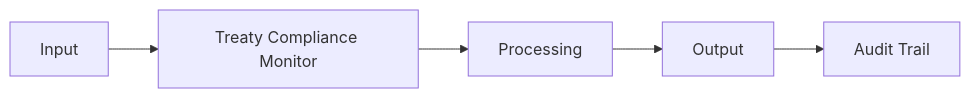
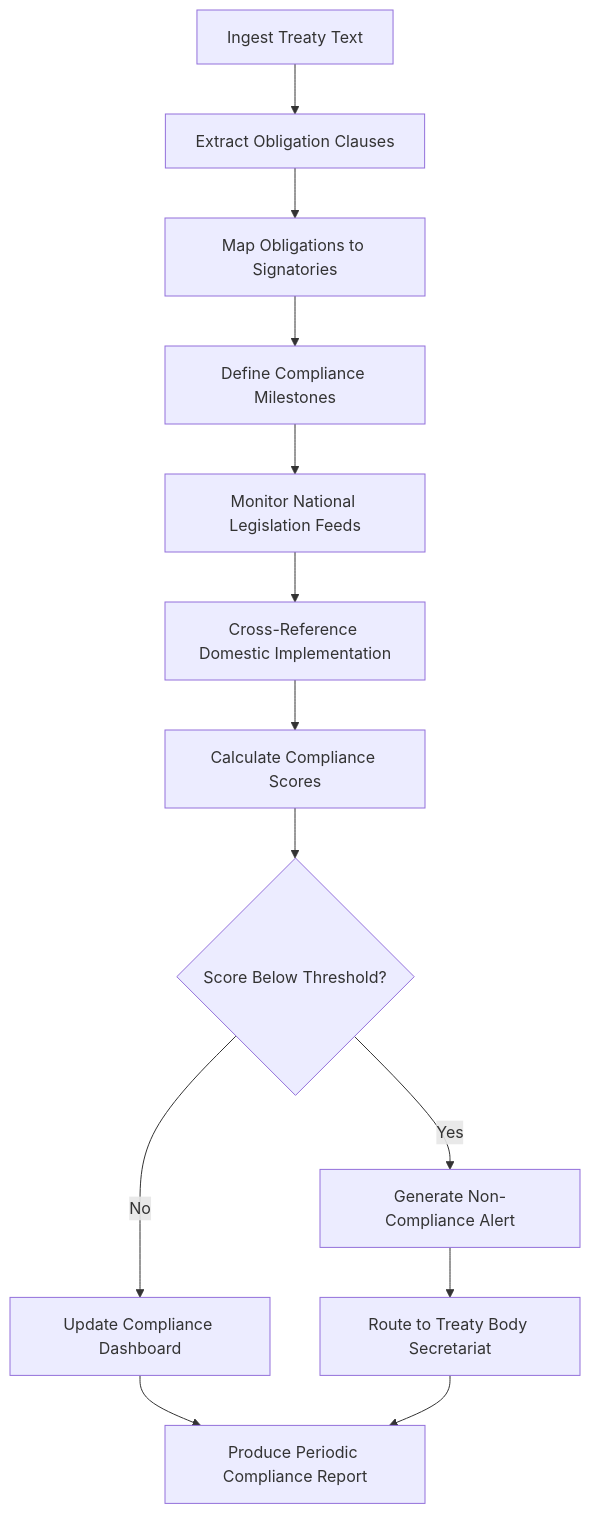
One commit to andrew-leo-2024/marketplace-docs changed the diagram in docs/audiences/04-international-institutions/treaty-compliance-monitor.mdx. Above: the diagram before and after it, drawn with Mermaid. The commit also changed other lines of this file and 401 other files, not shown here.

````diff
--- a/docs/audiences/04-international-institutions/treaty-compliance-monitor.mdx
+++ b/docs/audiences/04-international-institutions/treaty-compliance-monitor.mdx
@@ -29,7 +35,15 @@
 ```mermaid
-graph LR
-    A[Input] --> B[Treaty Compliance Monitor]
-    B --> C[Processing]
-    C --> D[Output]
-    D --> E[Audit Trail]
+graph TD
+    A[Ingest Treaty Text] --> B[Extract Obligation Clauses]
+    B --> C[Map Obligations to Signatories]
+    C --> D[Define Compliance Milestones]
+    D --> E[Monitor National Legislation Feeds]
+    E --> F[Cross-Reference Domestic Implementation]
+    F --> G[Calculate Compliance Scores]
+    G --> H{Score Below Threshold?}
+    H -->|Yes| I[Generate Non-Compliance Alert]
+    H -->|No| J[Update Compliance Dashboard]
+    I --> K[Route to Treaty Body Secretariat]
+    J --> L[Produce Periodic Compliance Report]
+    K --> L
 ```
````
